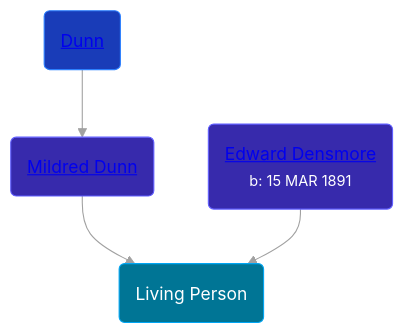
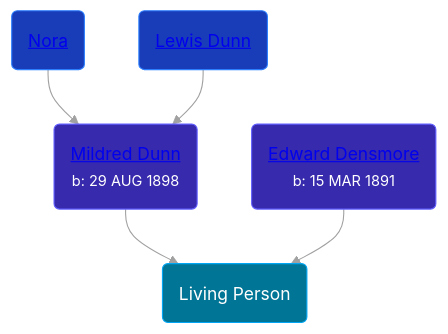
Before and after one commit to wpmgotkh/wpmgotkh.github.io: the diagram in pages/people/3/37254066.md, drawn with Mermaid (base theme). The commit also changed 257 other files, not shown here.

````diff
--- a/pages/people/3/37254066.md
+++ b/pages/people/3/37254066.md
@@ -10,11 +10,12 @@
 ```mermaid
 graph
 classDef grands fill:#193cb8,stroke:#2b7fff,stroke-width:1px,color:#fff;
 classDef parents fill:#372aac,stroke:#615fff,stroke-width:1px,color:#fff;
 classDef primary fill:#007595,stroke:#00a6f4,stroke-width:1px,color:#fff;
 37254066(Living Person):::primary
-7869963(<a class="text-white" href="/people/7/7869963">Mildred Dunn</a>):::parents-->37254066
-14066328(<a class="text-white" href="/people/1/14066328">Dunn</a>):::grands-->7869963
+7869963(<a class="text-white" href="/people/7/7869963">Mildred Dunn</a><br /><small>b: 29 AUG 1898</small>):::parents-->37254066
+37580902(<a class="text-white" href="/people/3/37580902">Nora </a>):::grands-->7869963
+14066328(<a class="text-white" href="/people/1/14066328">Lewis Dunn</a>):::grands-->7869963
 75117844(<a class="text-white" href="/people/7/75117844">Edward Densmore</a><br /><small>b: 15 MAR 1891</small>):::parents-->37254066
 linkStyle default stroke:#a1a1a1
 ```
````
